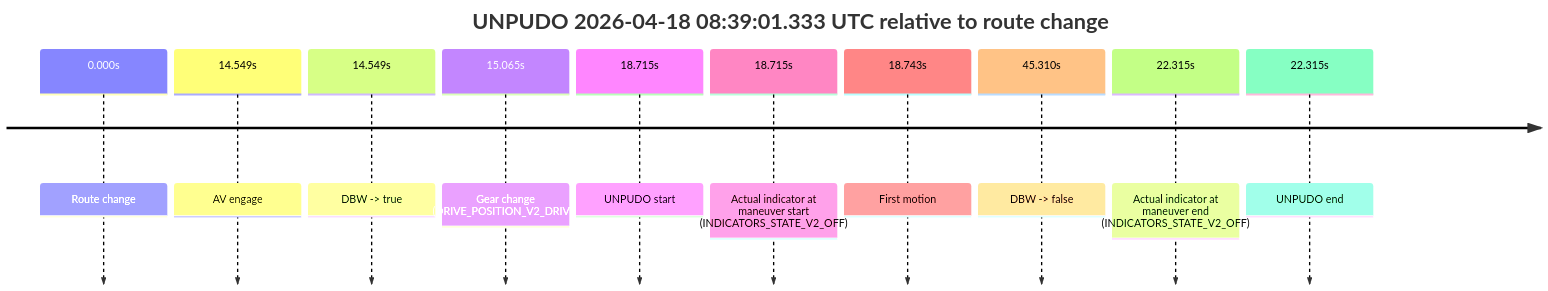
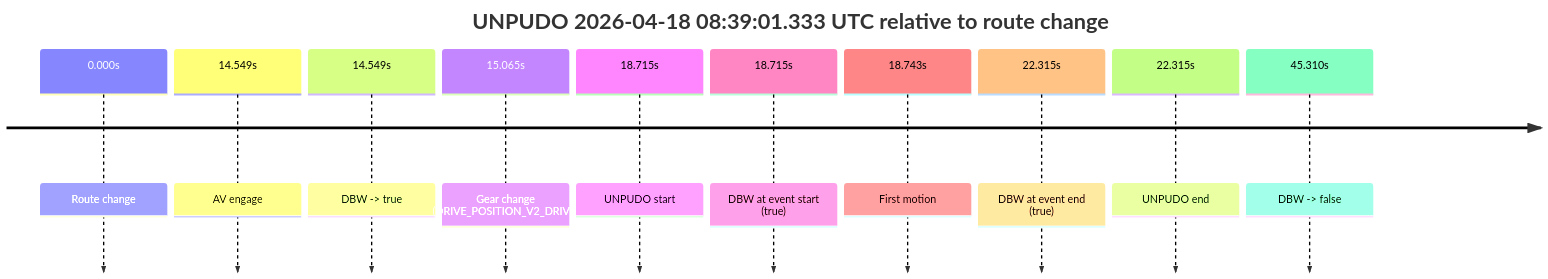
The first of 4 diagrams in model_analysis/report_cards/2026/04/Week-3/fme20009--2026-04-18--08-16-54--gen2-av-338a30d3-3361-4f0b-a059-9cf59b4bafab.md (yoelshapiro/vault), drawn with Mermaid before and after one commit. The commit also changed other lines of this file and 32 other files, not shown here.

````diff
--- a/model_analysis/report_cards/2026/04/Week-3/fme20009--2026-04-18--08-16-54--gen2-av-338a30d3-3361-4f0b-a059-9cf59b4bafab.md
+++ b/model_analysis/report_cards/2026/04/Week-3/fme20009--2026-04-18--08-16-54--gen2-av-338a30d3-3361-4f0b-a059-9cf59b4bafab.md
@@ -207,14 +43,14 @@
 ```mermaid
 timeline
     title UNPUDO 2026-04-18 08:39:01.333 UTC relative to route change
     0.000s : Route change
     14.549s : AV engage
     14.549s : DBW -> true
     15.065s : Gear change (DRIVE_POSITION_V2_DRIVE)
     18.715s : UNPUDO start
-    18.715s : Actual indicator at maneuver start (INDICATORS_STATE_V2_OFF)
+    18.715s : DBW at event start (true)
     18.743s : First motion
+    22.315s : DBW at event end (true)
+    22.315s : UNPUDO end
     45.310s : DBW -> false
-    22.315s : Actual indicator at maneuver end (INDICATORS_STATE_V2_OFF)
-    22.315s : UNPUDO end
 ```
````
